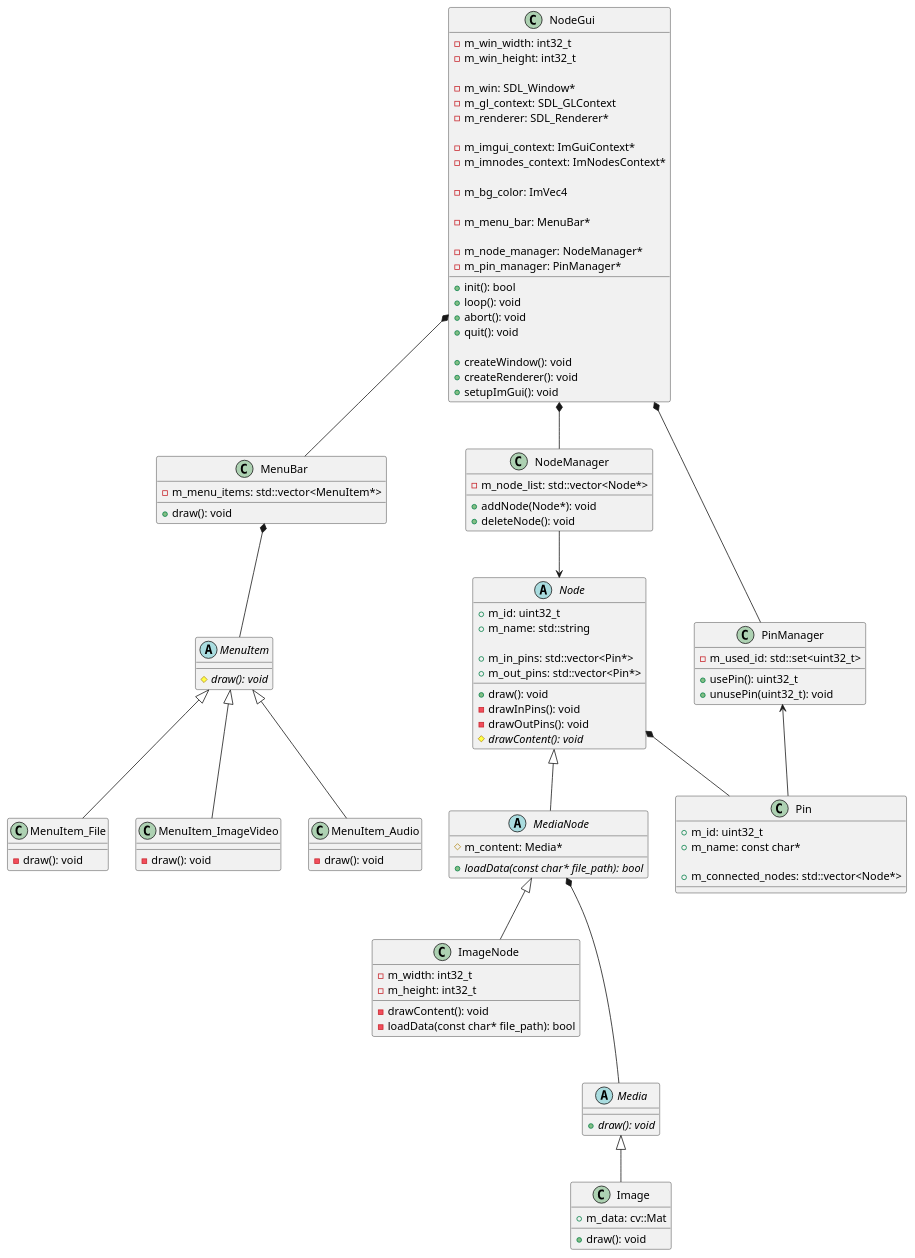
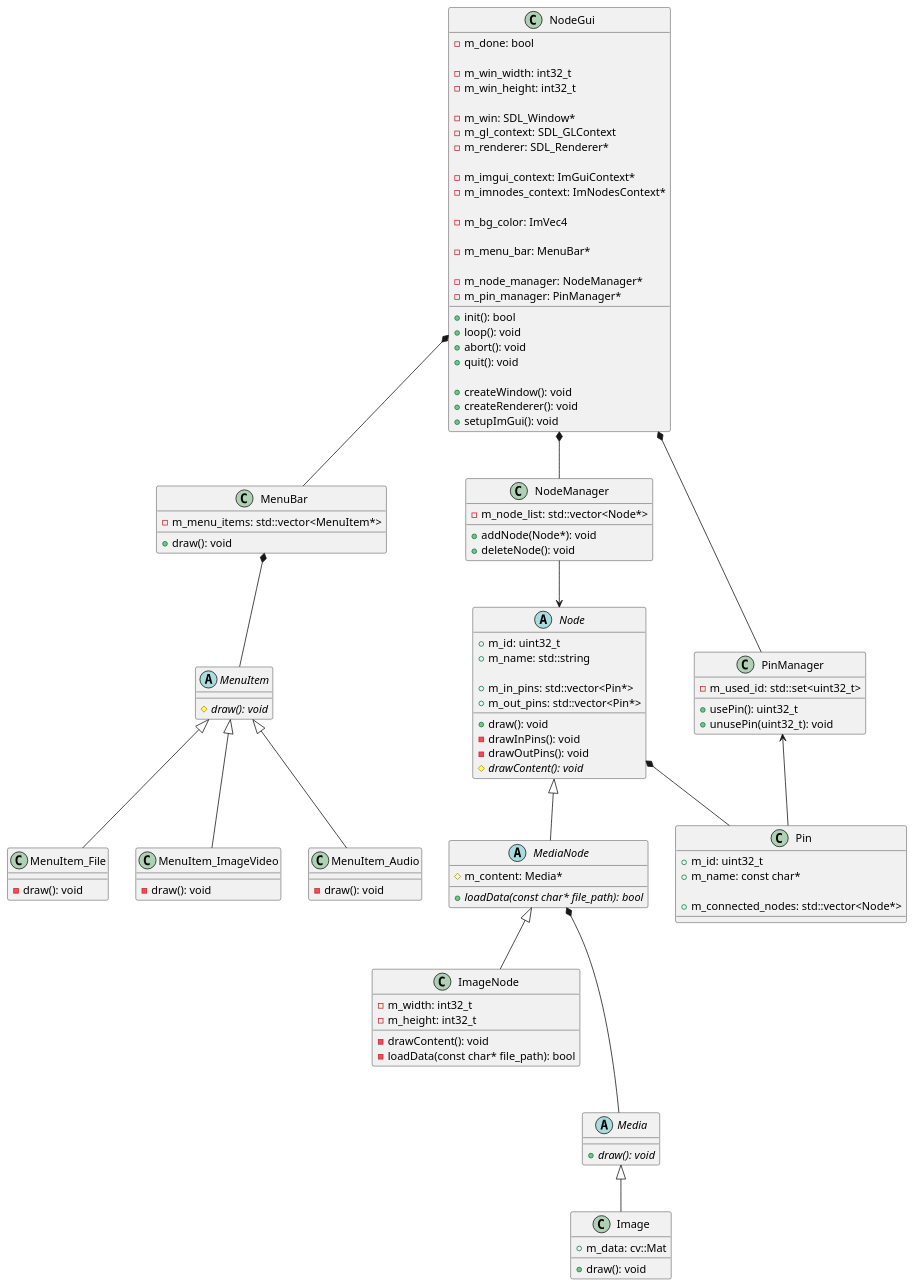
The diagram in uml/uml_impl.pu (nkue-yst/NodeProcessV2), drawn with PlantUML before and after one commit. The commit also changed 6 other files, not shown here.

```diff
--- a/uml/uml_impl.pu
+++ b/uml/uml_impl.pu
@@ -1,130 +1,132 @@
 @startuml NodeProcessing_Impl
 
 class NodeGui {
     +init(): bool
     +loop(): void
     +abort(): void
     +quit(): void
 
     +createWindow(): void
     +createRenderer(): void
     +setupImGui(): void
+
+    -m_done: bool
 
     -m_win_width: int32_t
     -m_win_height: int32_t
 
     -m_win: SDL_Window*
     -m_gl_context: SDL_GLContext
     -m_renderer: SDL_Renderer*
 
     -m_imgui_context: ImGuiContext*
     -m_imnodes_context: ImNodesContext*
 
     -m_bg_color: ImVec4
 
     -m_menu_bar: MenuBar*
 
     -m_node_manager: NodeManager*
     -m_pin_manager: PinManager*
 }
 
 class MenuBar {
     +draw(): void
 
     -m_menu_items: std::vector<MenuItem*>
 }
 
 abstract class MenuItem {
     {abstract} #draw(): void
 }
 
 class MenuItem_File {
     -draw(): void
 }
 
 class MenuItem_ImageVideo {
     -draw(): void
 }
 
 class MenuItem_Audio {
     -draw(): void
 }
 
 class NodeManager {
     +addNode(Node*): void
     +deleteNode(): void
 
     -m_node_list: std::vector<Node*>
 }
 
 abstract class Node {
     +draw(): void
     -drawInPins(): void
     -drawOutPins(): void
     {abstract} #drawContent(): void
 
     +m_id: uint32_t
     +m_name: std::string
     
     +m_in_pins: std::vector<Pin*>
     +m_out_pins: std::vector<Pin*>
 }
 
 abstract class MediaNode {
     {abstract} +loadData(const char* file_path): bool
 
     #m_content: Media*
 }
 
 class ImageNode {
     -drawContent(): void
     -loadData(const char* file_path): bool
 
     -m_width: int32_t
     -m_height: int32_t
 }
 
 class PinManager {
     +usePin(): uint32_t
     +unusePin(uint32_t): void
 
     -m_used_id: std::set<uint32_t>
 }
 
 class Pin {
     +m_id: uint32_t
     +m_name: const char*
 
     +m_connected_nodes: std::vector<Node*>
 }
 
 abstract class Media {
     {abstract} +draw(): void
 }
 
 class Image {
     +draw(): void
 
     +m_data: cv::Mat
 }
 
 NodeGui *-- NodeManager
 NodeGui *-- PinManager
 NodeGui *-- MenuBar
 
 MenuBar *-- MenuItem
 MenuItem <|-- MenuItem_File
 MenuItem <|-- MenuItem_ImageVideo
 MenuItem <|-- MenuItem_Audio
 
 Node <|-- MediaNode
 Node *-- Pin
 MediaNode <|-- ImageNode
 
 MediaNode *--- Media
 Media <|-- Image
 
 NodeManager --> Node
 PinManager <-- Pin
 
 @enduml
```
